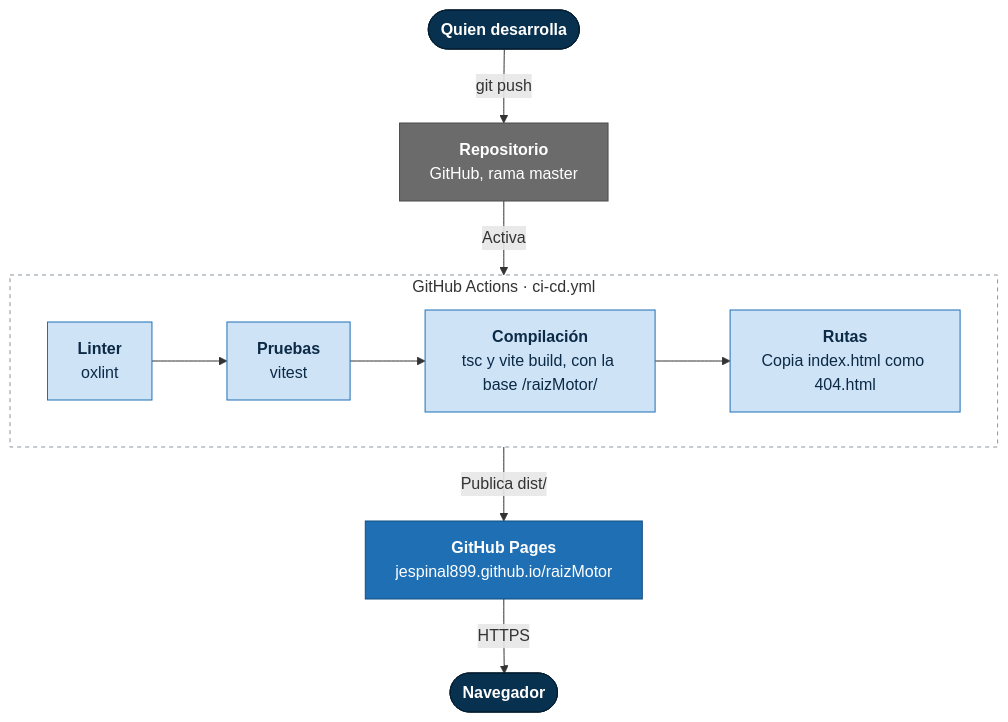
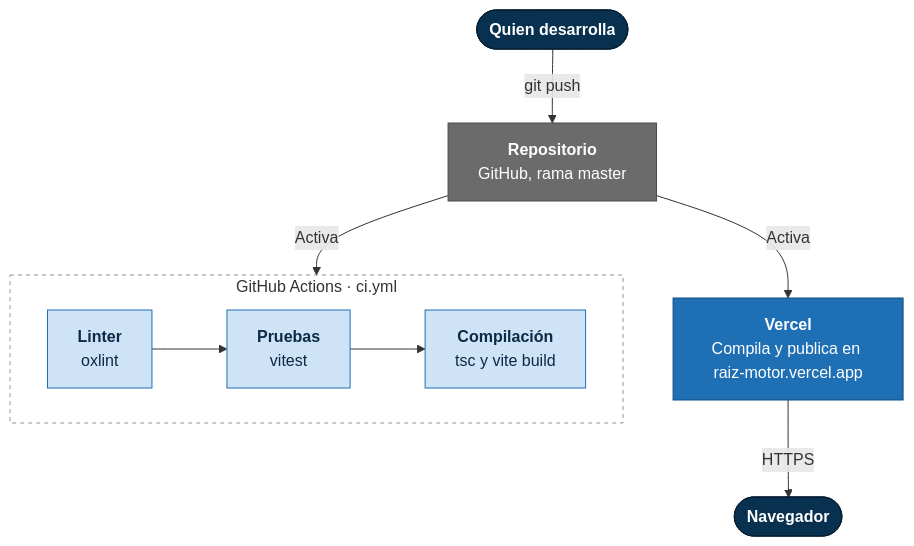
Before and after one commit to jespinal899/raizMotor: the sixth of 6 diagrams in docs/arquitectura.md, drawn with Mermaid. The commit also changed other lines of this file and 1 other file, not shown here.

First line of the commit message:
docs: documenta el despliegue en Vercel

````diff
--- a/docs/arquitectura.md
+++ b/docs/arquitectura.md
@@ -275,36 +275,35 @@
 ```mermaid
 %%{init: {"flowchart": {"wrappingWidth": 170}}}%%
 flowchart TB
     accTitle: Despliegue de DomusRaíz
-    accDescr: Un push a master activa GitHub Actions, que ejecuta el linter, las pruebas y la compilación, prepara la copia 404 y publica el resultado en GitHub Pages, desde donde lo abre el navegador.
+    accDescr: Un push a master llega al repositorio de GitHub. Vercel compila el sitio y lo publica, y el navegador lo abre desde ahí. Por su lado, GitHub Actions ejecuta el linter, las pruebas y la compilación.
 
     dev(["<b>Quien desarrolla</b>"])
     repo["<b>Repositorio</b><br/>GitHub, rama master"]
 
-    subgraph ci ["GitHub Actions · ci-cd.yml"]
+    subgraph ci ["GitHub Actions · ci.yml"]
         direction LR
         lint["<b>Linter</b><br/>oxlint"]
         test["<b>Pruebas</b><br/>vitest"]
-        build["<b>Compilación</b><br/>tsc y vite build, con la base /raizMotor/"]
-        fallback["<b>Rutas</b><br/>Copia index.html como 404.html"]
-        lint --> test --> build --> fallback
+        build["<b>Compilación</b><br/>tsc y vite build"]
+        lint --> test --> build
     end
 
-    pages["<b>GitHub Pages</b><br/>jespinal899.github.io/raizMotor"]
+    pages["<b>Vercel</b><br/>Compila y publica en raiz-motor.vercel.app"]
     browser(["<b>Navegador</b>"])
 
     dev -- "git push" --> repo
     repo -- "Activa" --> ci
-    ci -- "Publica dist/" --> pages
+    repo -- "Activa" --> pages
     pages -- "HTTPS" --> browser
 
     classDef persona fill:#08304f,stroke:#041d30,color:#fff
     classDef contenedor fill:#1f6fb5,stroke:#0f4c81,color:#fff
     classDef componente fill:#cfe3f7,stroke:#1f6fb5,color:#0b2a45
     classDef externo fill:#6b6b6b,stroke:#4a4a4a,color:#fff
     class dev,browser persona
     class pages contenedor
-    class lint,test,build,fallback componente
+    class lint,test,build componente
     class repo externo
     style ci fill:none,stroke:#8c959f,stroke-dasharray:4 4
 ```
````
